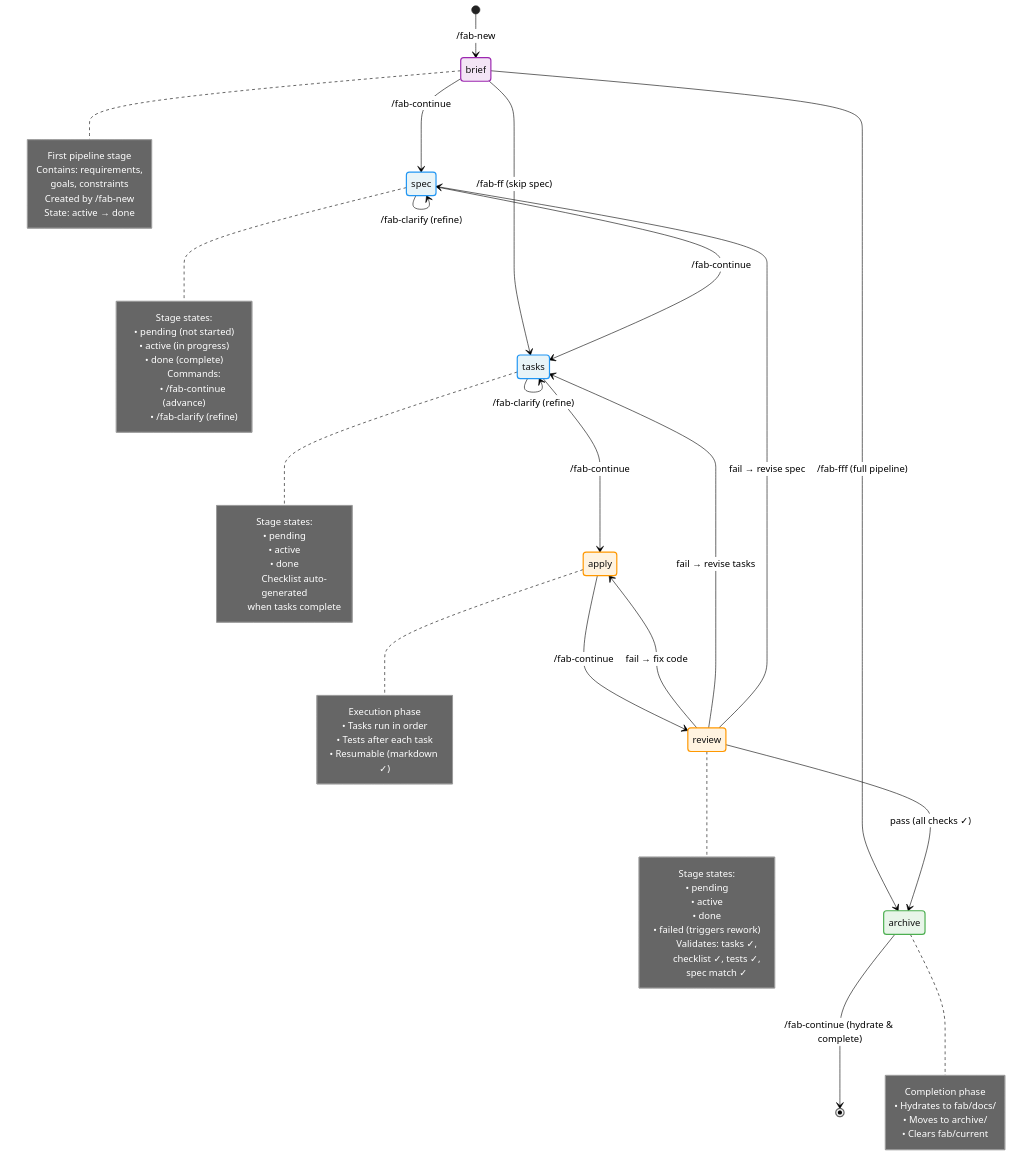
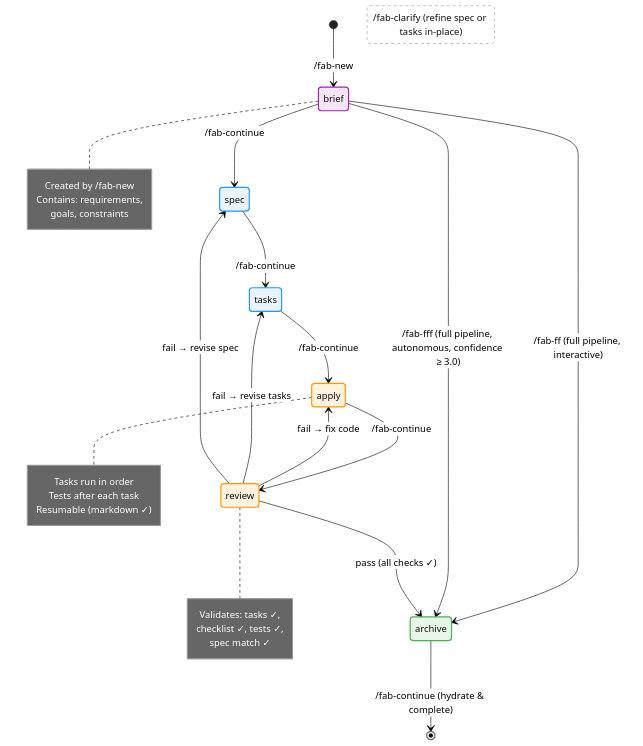
Before and after one commit to sahil87/fab-kit: the fourth of 4 diagrams in fab/design/user-flow.md, drawn with Mermaid (neutral theme). The commit also changed other lines of this file and 2 other files, not shown here.

Commit message:
Adding state diagram

````diff
--- a/fab/design/user-flow.md
+++ b/fab/design/user-flow.md
@@ -154,15 +169,17 @@
 ```mermaid
 stateDiagram-v2
-    [*] --> brief: /fab-new <description>
+    direction TB
+
+    [*] --> brief: /fab-new
 
     brief --> spec: /fab-continue
-    brief --> tasks: /fab-ff (skip spec)
-    brief --> archive: /fab-fff (full pipeline)
+    brief --> archive: /fab-ff (full pipeline, interactive)
+    brief --> archive: /fab-fff (full pipeline, autonomous, confidence ≥ 3.0)
 
-    spec --> spec: /fab-clarify (refine)
+    state "/fab-clarify (refine spec or tasks in-place)" as clarify
+
     spec --> tasks: /fab-continue
 
-    tasks --> tasks: /fab-clarify (refine)
     tasks --> apply: /fab-continue
 
     apply --> review: /fab-continue
@@ -175,58 +192,21 @@
     archive --> [*]: /fab-continue (hydrate & complete)
 
     note right of brief
-        First pipeline stage
+        Created by /fab-new
         Contains: requirements,
         goals, constraints
-        Created by /fab-new
-        State: active → done
-    end note
-
-    note right of spec
-        Stage states:
-        • pending (not started)
-        • active (in progress)
-        • done (complete)
-
-        Commands:
-        • /fab-continue (advance)
-        • /fab-clarify (refine)
-    end note
-
-    note right of tasks
-        Stage states:
-        • pending
-        • active
-        • done
-
-        Checklist auto-generated
-        when tasks complete
     end note
 
     note right of apply
-        Execution phase
-        • Tasks run in order
-        • Tests after each task
-        • Resumable (markdown ✓)
+        Tasks run in order
+        Tests after each task
+        Resumable (markdown ✓)
     end note
 
     note right of review
-        Stage states:
-        • pending
-        • active
-        • done
-        • failed (triggers rework)
-
         Validates: tasks ✓,
         checklist ✓, tests ✓,
         spec match ✓
-    end note
-
-    note right of archive
-        Completion phase
-        • Hydrates to fab/docs/
-        • Moves to archive/
-        • Clears fab/current
     end note
 
     %% Styles
@@ -234,9 +214,11 @@
     classDef execution fill:#fff3e0,stroke:#FF9800,stroke-width:2px
     classDef completion fill:#e8f5e9,stroke:#4CAF50,stroke-width:2px
     classDef input fill:#f3e5f5,stroke:#9C27B0,stroke-width:2px
+    classDef refinement fill:#fff,stroke:#999,stroke-width:1px,stroke-dasharray: 5 5
 
     class brief input
     class spec,tasks planning
     class apply,review execution
     class archive completion
+    class clarify refinement
 ```
````
